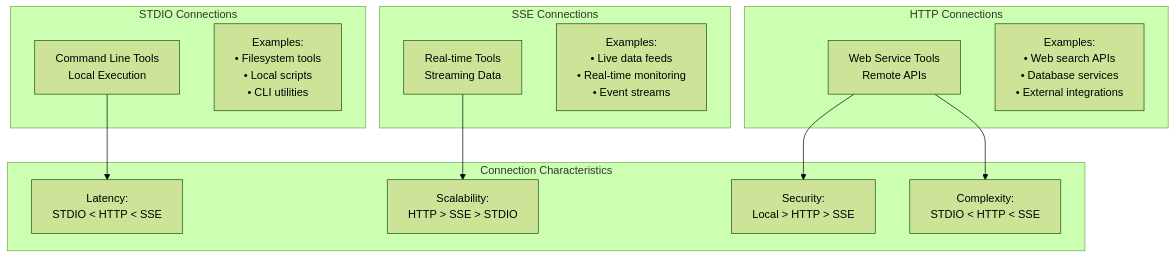
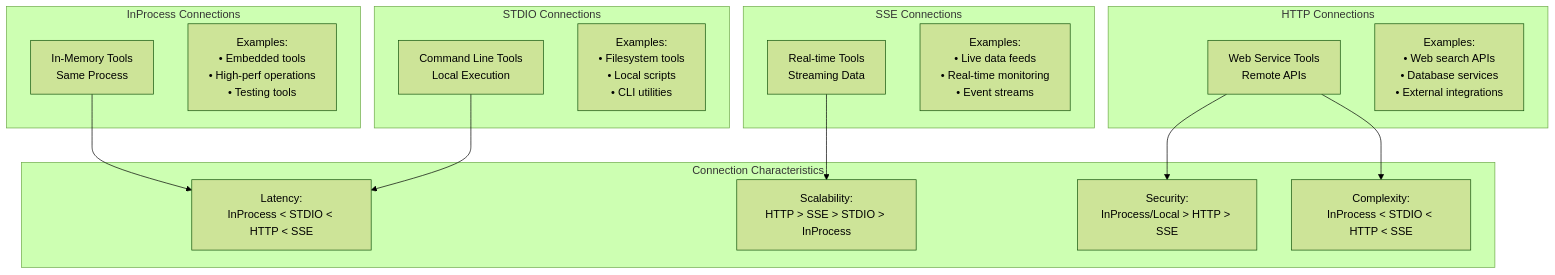
The second of 7 diagrams in docs/architecture/mcp.md (sammcj/bifrost), drawn with Mermaid (forest theme) before and after one commit. The commit also changed other lines of this file and 10 other files, not shown here.

````diff
--- a/docs/architecture/mcp.md
+++ b/docs/architecture/mcp.md
@@ -74,29 +74,35 @@
 ```mermaid
 graph TB
+    subgraph "InProcess Connections"
+        InProcess[In-Memory Tools<br/>Same Process]
+        InProcessEx[Examples:<br/>• Embedded tools<br/>• High-perf operations<br/>• Testing tools]
+    end
+
     subgraph "STDIO Connections"
         STDIO[Command Line Tools<br/>Local Execution]
         STDIOEx[Examples:<br/>• Filesystem tools<br/>• Local scripts<br/>• CLI utilities]
     end
 
     subgraph "HTTP Connections"
         HTTP[Web Service Tools<br/>Remote APIs]
         HTTPEx[Examples:<br/>• Web search APIs<br/>• Database services<br/>• External integrations]
     end
 
     subgraph "SSE Connections"
         SSE[Real-time Tools<br/>Streaming Data]
         SSEEx[Examples:<br/>• Live data feeds<br/>• Real-time monitoring<br/>• Event streams]
     end
 
     subgraph "Connection Characteristics"
-        Latency[Latency:<br/>STDIO < HTTP < SSE]
-        Security[Security:<br/>Local > HTTP > SSE]
-        Scalability[Scalability:<br/>HTTP > SSE > STDIO]
-        Complexity[Complexity:<br/>STDIO < HTTP < SSE]
+        Latency[Latency:<br/>InProcess < STDIO < HTTP < SSE]
+        Security[Security:<br/>InProcess/Local > HTTP > SSE]
+        Scalability[Scalability:<br/>HTTP > SSE > STDIO > InProcess]
+        Complexity[Complexity:<br/>InProcess < STDIO < HTTP < SSE]
     end
 
+    InProcess --> Latency
     STDIO --> Latency
     HTTP --> Security
     SSE --> Scalability
     HTTP --> Complexity
 ```
````
